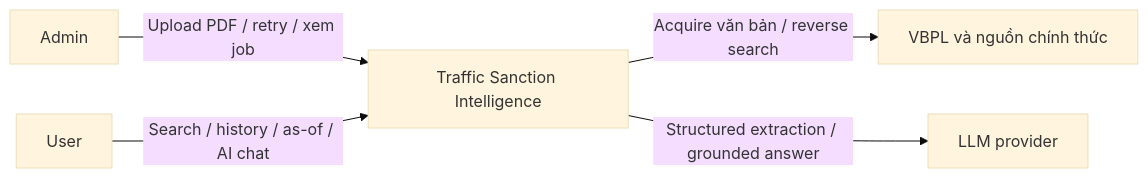
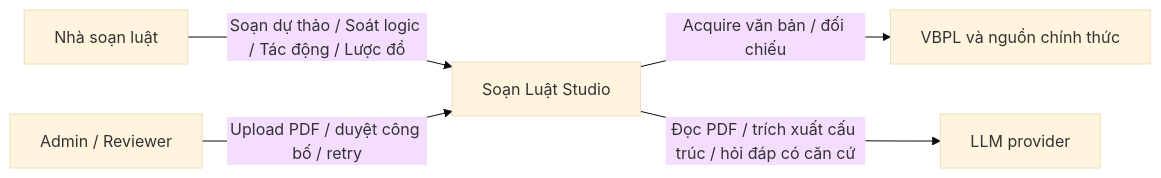
One commit to NamPE286/INT3011E_6 changed the fifth of 42 diagrams in docs/srs.md. Above: the diagram before and after it, drawn with Mermaid (base theme). The commit also changed other lines of this file and 7 other files, not shown here.

````diff
--- a/docs/srs.md
+++ b/docs/srs.md
@@ -461,7 +475,7 @@
 ```mermaid
 flowchart LR
-    Admin["Admin"] -->|"Upload PDF / retry / xem job"| System["Traffic Sanction Intelligence"]
-    User["User"] -->|"Search / history / as-of / AI chat"| System
-    System -->|"Acquire văn bản / reverse search"| Source["VBPL và nguồn chính thức"]
-    System -->|"Structured extraction / grounded answer"| LLM["LLM provider"]
+    Lawmaker["Nhà soạn luật"] -->|"Soạn dự thảo / Soát logic / Tác động / Lược đồ"| System["Soạn Luật Studio"]
+    Admin["Admin / Reviewer"] -->|"Upload PDF / duyệt công bố / retry"| System
+    System -->|"Acquire văn bản / đối chiếu"| Source["VBPL và nguồn chính thức"]
+    System -->|"Đọc PDF / trích xuất cấu trúc / hỏi đáp có căn cứ"| LLM["LLM provider"]
 ```
````
